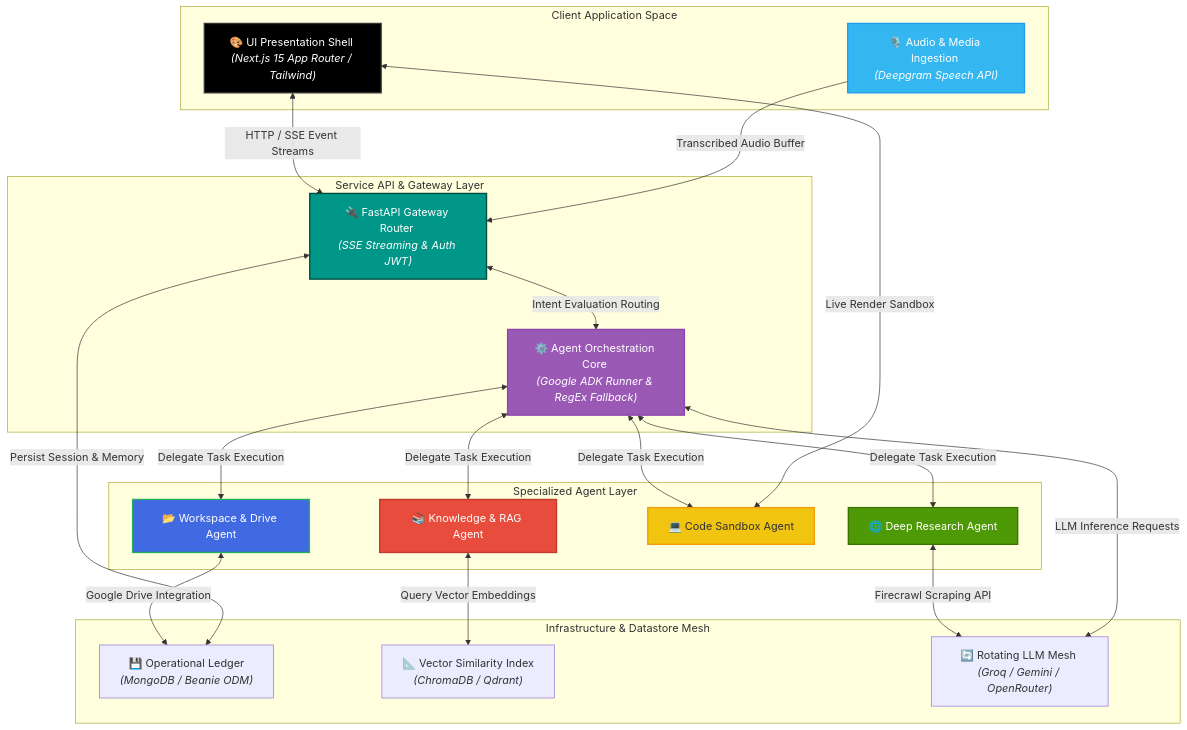
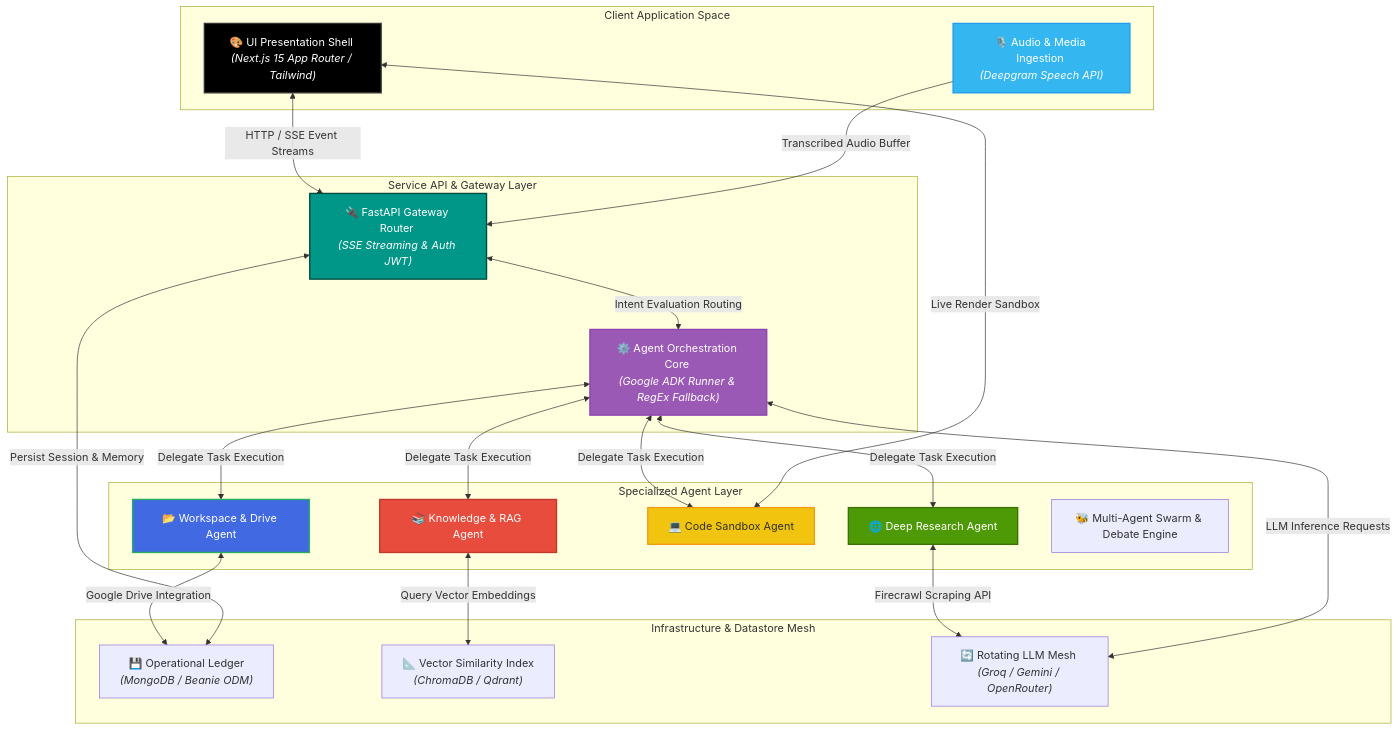
Before and after one commit to shreeharsh-patil/Multi-Agent: the first of 2 diagrams in README.md, drawn with Mermaid. The commit also changed other lines of this file and 47 other files, not shown here.

Commit message:
feat: initialize multi-agent platform with backend services, frontend dashboard components, and CI/CD pipeline

````diff
--- a/README.md
+++ b/README.md
@@ -34,45 +34,46 @@
 ```mermaid
 graph TD
     subgraph Client Application Space
         A["🎨 UI Presentation Shell <br><i>(Next.js 15 App Router / Tailwind)</i>"]
         B["🎙️ Audio & Media Ingestion <br><i>(Deepgram Speech API)</i>"]
     end
 
     subgraph Service API & Gateway Layer
         C["🔌 FastAPI Gateway Router <br><i>(SSE Streaming & Auth JWT)</i>"]
         D["⚙️ Agent Orchestration Core <br><i>(Google ADK Runner & RegEx Fallback)</i>"]
     end
 
     subgraph Specialized Agent Layer
         E["📚 Knowledge & RAG Agent"]
         F["🌐 Deep Research Agent"]
         G["💻 Code Sandbox Agent"]
         H["📂 Workspace & Drive Agent"]
+        S["🐝 Multi-Agent Swarm & Debate Engine"]
     end
 
     subgraph Infrastructure & Datastore Mesh
         I["💾 Operational Ledger <br><i>(MongoDB / Beanie ODM)</i>"]
         J["📐 Vector Similarity Index <br><i>(ChromaDB / Qdrant)</i>"]
         K["🔄 Rotating LLM Mesh <br><i>(Groq / Gemini / OpenRouter)</i>"]
     end
 
     A <-->|HTTP / SSE Event Streams| C
     B -->|Transcribed Audio Buffer| C
     C <-->|Intent Evaluation Routing| D
     D <-->|Delegate Task Execution| E & F & G & H
     E <-->|Query Vector Embeddings| J
     F <-->|Firecrawl Scraping API| K
     G <-->|Live Render Sandbox| A
     H <-->|Google Drive Integration| I
     D <-->|LLM Inference Requests| K
     C <-->|Persist Session & Memory| I
 
     style A fill:#000000,stroke:#333,stroke-width:2px,color:#fff
     style B fill:#34B7F1,stroke:#209CEE,stroke-width:2px,color:#fff
     style C fill:#009688,stroke:#004d40,stroke-width:2px,color:#fff
     style D fill:#9b59b6,stroke:#8e44ad,stroke-width:2px,color:#fff
     style E fill:#e74c3c,stroke:#c0392b,stroke-width:2px,color:#fff
     style F fill:#4E9A06,stroke:#3b7204,stroke-width:2px,color:#fff
     style G fill:#f1c40f,stroke:#f39c12,stroke-width:2px,color:#333
     style H fill:#4169E1,stroke:#27ae60,stroke-width:2px,color:#fff
 ```
````
